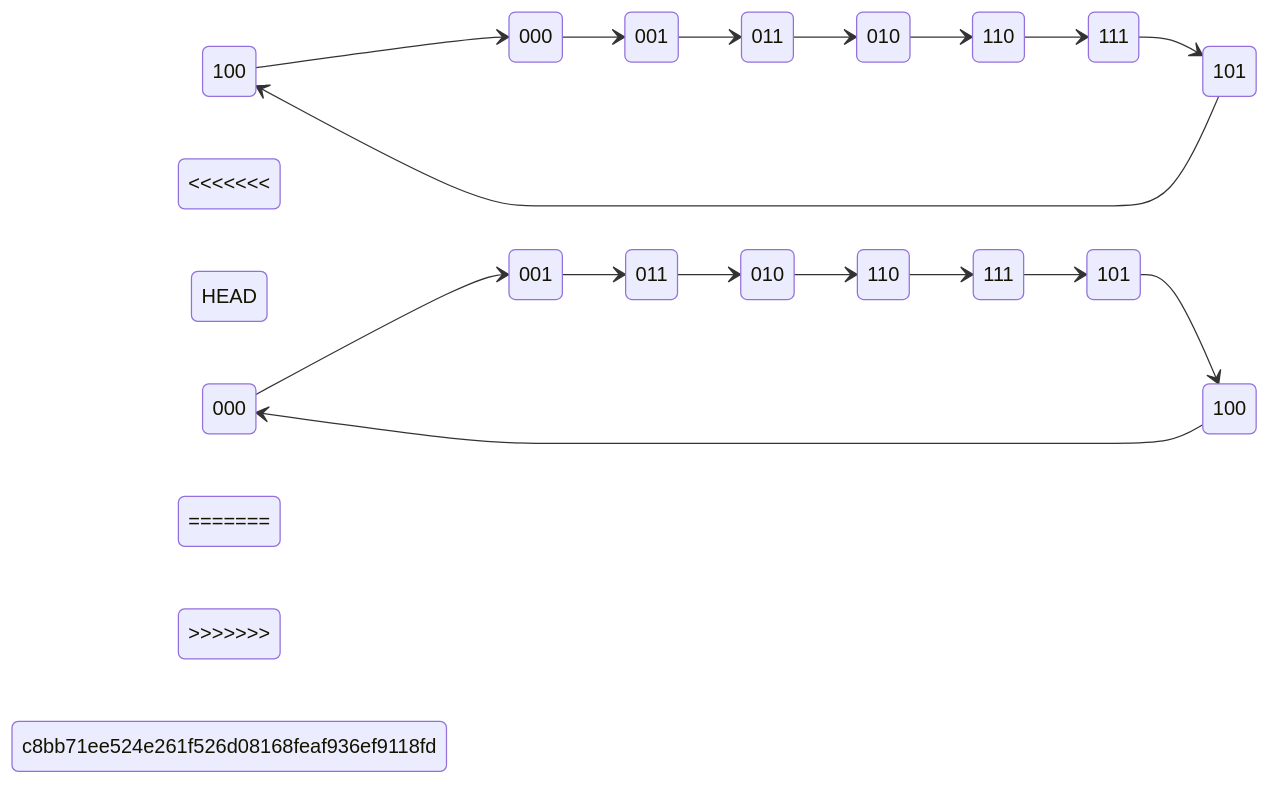
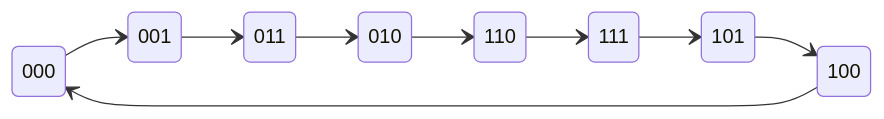
The third of 3 diagrams in DLD/notes/cat2/cat2-hots-module4-registers-counters-fsm.md (AnkitSinghGTHB/Fall2627), drawn with Mermaid before and after one commit. The commit also changed 3 other files, not shown here.

Commit message:
fix(rendering): resolve git conflict markers and ensure valid Mermaid node IDs and LaTeX macros

````diff
--- a/DLD/notes/cat2/cat2-hots-module4-registers-counters-fsm.md
+++ b/DLD/notes/cat2/cat2-hots-module4-registers-counters-fsm.md
@@ -52,32 +52,21 @@
 ```mermaid
 stateDiagram-v2
     direction LR
-<<<<<<< HEAD
     s000: 000
     s001: 001
     s011: 011
     s010: 010
     s110: 110
     s111: 111
     s101: 101
     s100: 100
 
     s000 --> s001
     s001 --> s011
     s011 --> s010
     s010 --> s110
     s110 --> s111
     s111 --> s101
     s101 --> s100
     s100 --> s000
-=======
-    000 --> 001
-    001 --> 011
-    011 --> 010
-    010 --> 110
-    110 --> 111
-    111 --> 101
-    101 --> 100
-    100 --> 000
->>>>>>> c8bb71ee524e261f526d08168feaf936ef9118fd
 ```
````
